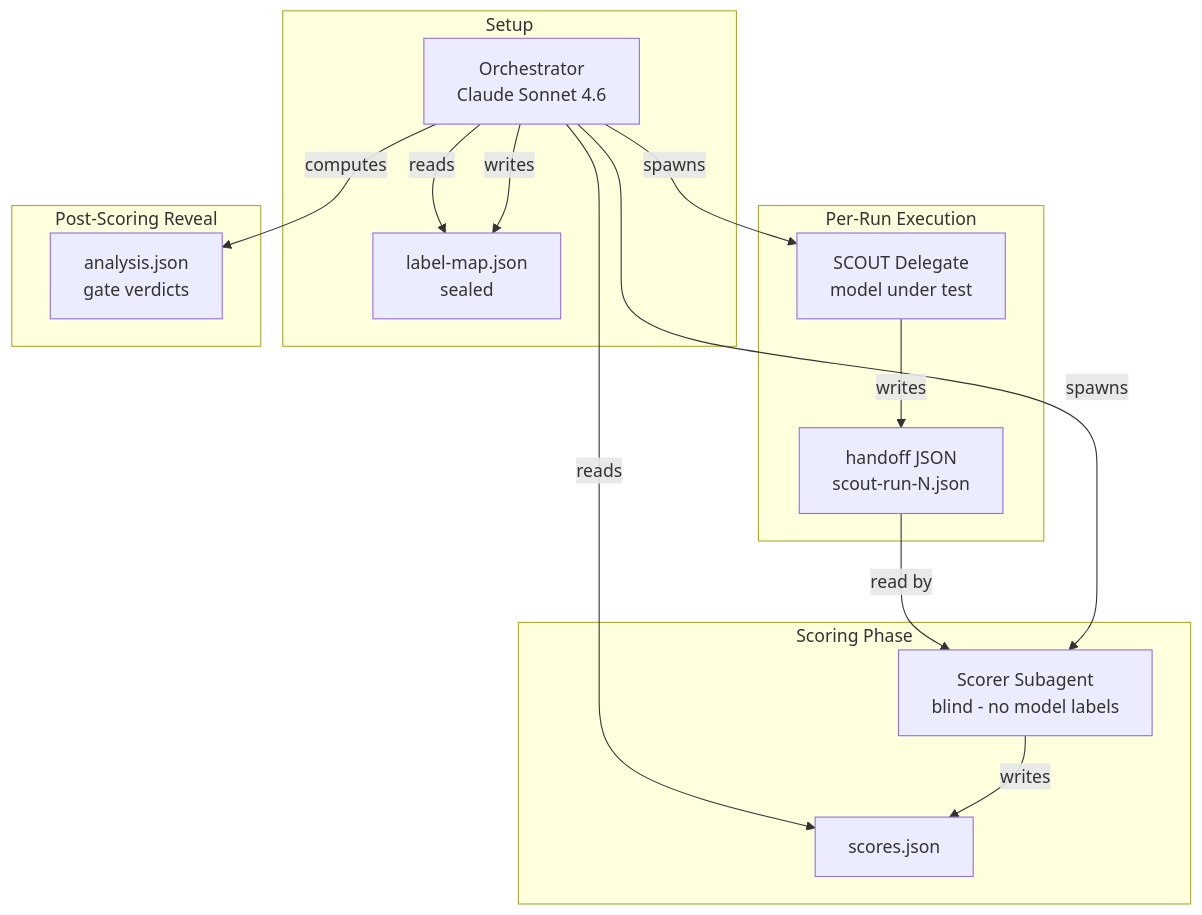
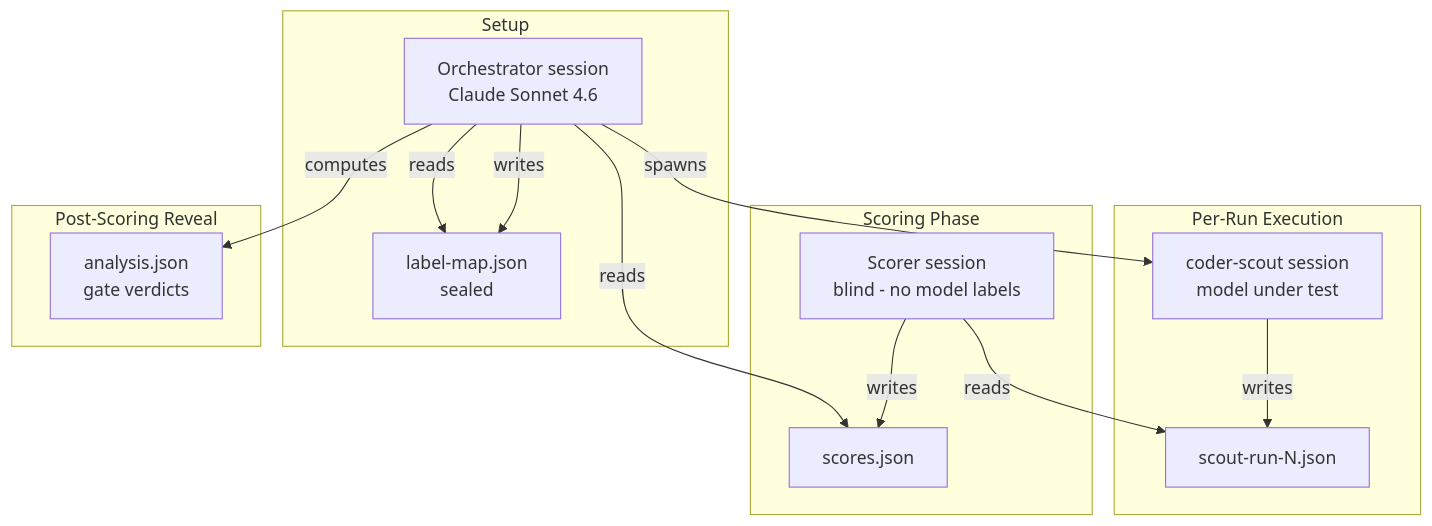
Before and after one commit to clouatre-labs/llm-agent-experiments: the diagram in METHODOLOGY.md, drawn with Mermaid. The commit also changed other lines of this file and 1 other file, not shown here.

````diff
--- a/METHODOLOGY.md
+++ b/METHODOLOGY.md
@@ -7,20 +7,19 @@
 ```mermaid
 graph TD
     subgraph Setup
-        O[Orchestrator<br/>Claude Sonnet 4.6] -->|writes| LM[label-map.json<br/>sealed]
+        O[Orchestrator session<br/>Claude Sonnet 4.6] -->|writes| LM[label-map.json<br/>sealed]
     end
     subgraph Per-Run Execution
-        O -->|spawns| S[SCOUT Delegate<br/>model under test]
-        S -->|writes| HF[handoff JSON<br/>scout-run-N.json]
+        O -->|spawns| S[coder-scout session<br/>model under test]
+        S -->|writes| HF[scout-run-N.json]
     end
     subgraph Scoring Phase
-        O -->|spawns| SC[Scorer Subagent<br/>blind - no model labels]
-        HF -->|read by| SC
+        SC[Scorer session<br/>blind - no model labels] -->|reads| HF
         SC -->|writes| SR[scores.json]
     end
     subgraph Post-Scoring Reveal
         O -->|reads| LM
         O -->|reads| SR
         O -->|computes| AN[analysis.json<br/>gate verdicts]
     end
 ```
````
